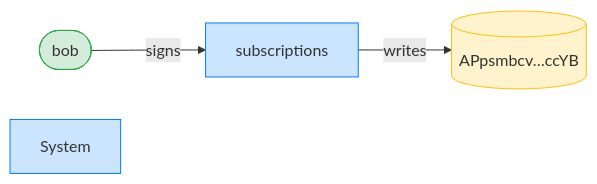
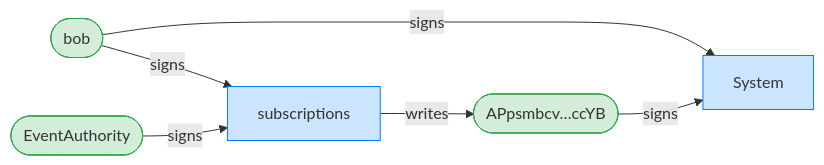
Before and after one commit to cds-rs/subscriptions: diagram 15 of 16 in dsl_tests/subscribe-by-a-second-user.md, drawn with Mermaid. The commit also changed other lines of this file and 224 other files, not shown here.

````diff
--- a/dsl_tests/subscribe-by-a-second-user.md
+++ b/dsl_tests/subscribe-by-a-second-user.md
@@ -293,12 +307,16 @@
 ```mermaid
 flowchart LR
     classDef signer fill:#d4edda,stroke:#28a745;
     classDef program fill:#cce5ff,stroke:#007bff;
     classDef writable fill:#fff3cd,stroke:#ffc107;
     subscriptions[subscriptions]:::program
     bob([bob]):::signer
-    APpsmbcv_ccYB[("APpsmbcv…ccYB")]:::writable
+    APpsmbcv_ccYB(["APpsmbcv…ccYB"]):::signer
     System[System]:::program
+    EventAuthority([EventAuthority]):::signer
     bob -->|signs| subscriptions
+    bob -->|signs| System
+    APpsmbcv_ccYB -->|signs| System
+    EventAuthority -->|signs| subscriptions
     subscriptions -->|writes| APpsmbcv_ccYB
 ```
````
